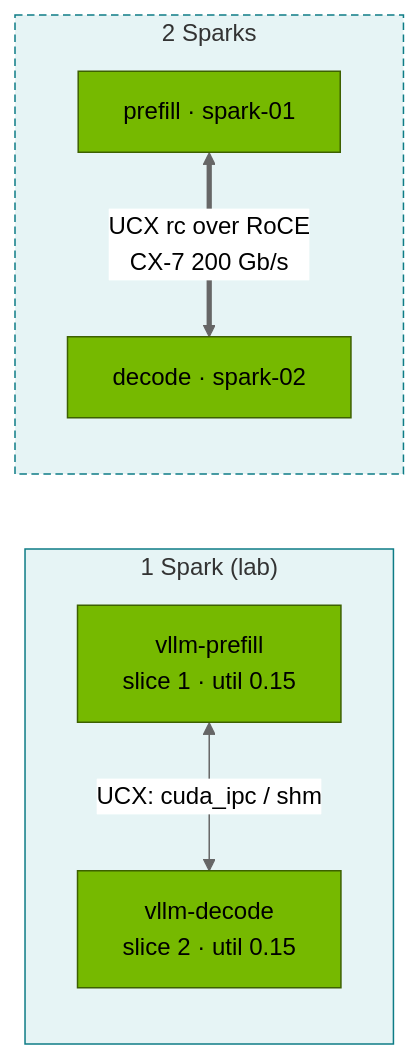
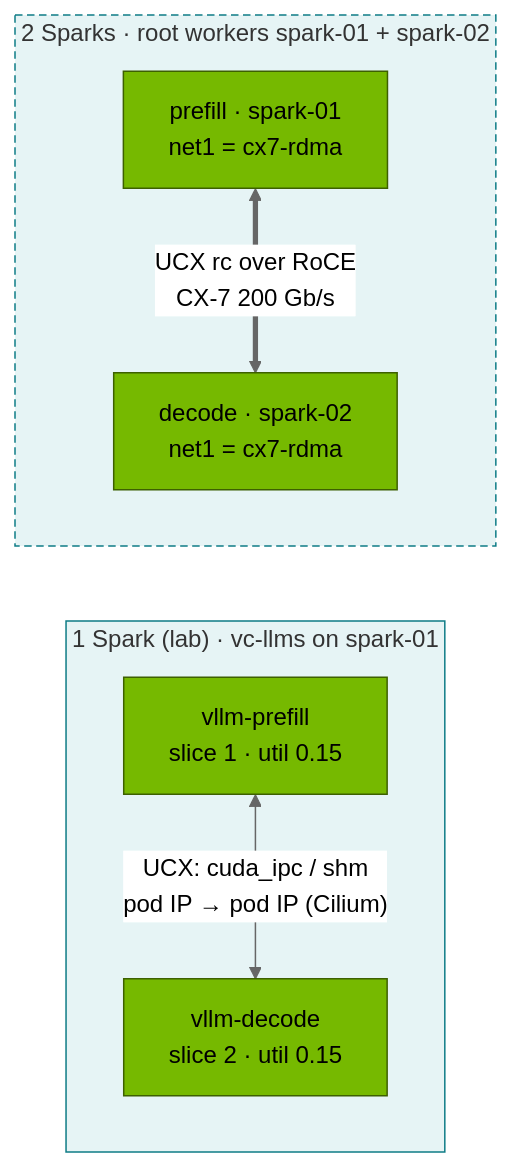
One commit to cloudone365/technical-depth changed the second of 2 diagrams in 02 Kubernetes/24-disaggregated-prefill-and-decode-serving.md. Above: the diagram before and after it, drawn with Mermaid (neutral theme). The commit also changed other lines of this file and 53 other files, not shown here.

First line of the commit message:
Rewrite 01 Ansible and 02 Kubernetes volumes for the kubeadm root + two vClusters

````diff
--- a/02 Kubernetes/24-disaggregated-prefill-and-decode-serving.md
+++ b/02 Kubernetes/24-disaggregated-prefill-and-decode-serving.md
@@ -56,13 +57,13 @@
 ```mermaid
 flowchart LR
-  subgraph ONE["1 Spark (lab)"]
-    P1["vllm-prefill<br/>slice 1 · util 0.15"] <-->|"UCX: cuda_ipc / shm"| D1["vllm-decode<br/>slice 2 · util 0.15"]
+  subgraph ONE["1 Spark (lab) · vc-llms on spark-01"]
+    P1["vllm-prefill<br/>slice 1 · util 0.15"] <-->|"UCX: cuda_ipc / shm<br/>pod IP → pod IP (Cilium)"| D1["vllm-decode<br/>slice 2 · util 0.15"]
   end
-  subgraph TWO["2 Sparks"]
-    P2["prefill · spark-01"] <==>|"UCX rc over RoCE<br/>CX-7 200 Gb/s"| D2["decode · spark-02"]
+  subgraph TWO["2 Sparks · root workers spark-01 + spark-02"]
+    P2["prefill · spark-01<br/>net1 = cx7-rdma"] <==>|"UCX rc over RoCE<br/>CX-7 200 Gb/s"| D2["decode · spark-02<br/>net1 = cx7-rdma"]
   end
   classDef gpu fill:#76b900,stroke:#3d6000,color:#000
   class P1,D1,P2,D2 gpu
   style ONE fill:#e6f4f5,stroke:#0e7c86
   style TWO fill:#e6f4f5,stroke:#0e7c86,stroke-dasharray:5 3
 ```
````
